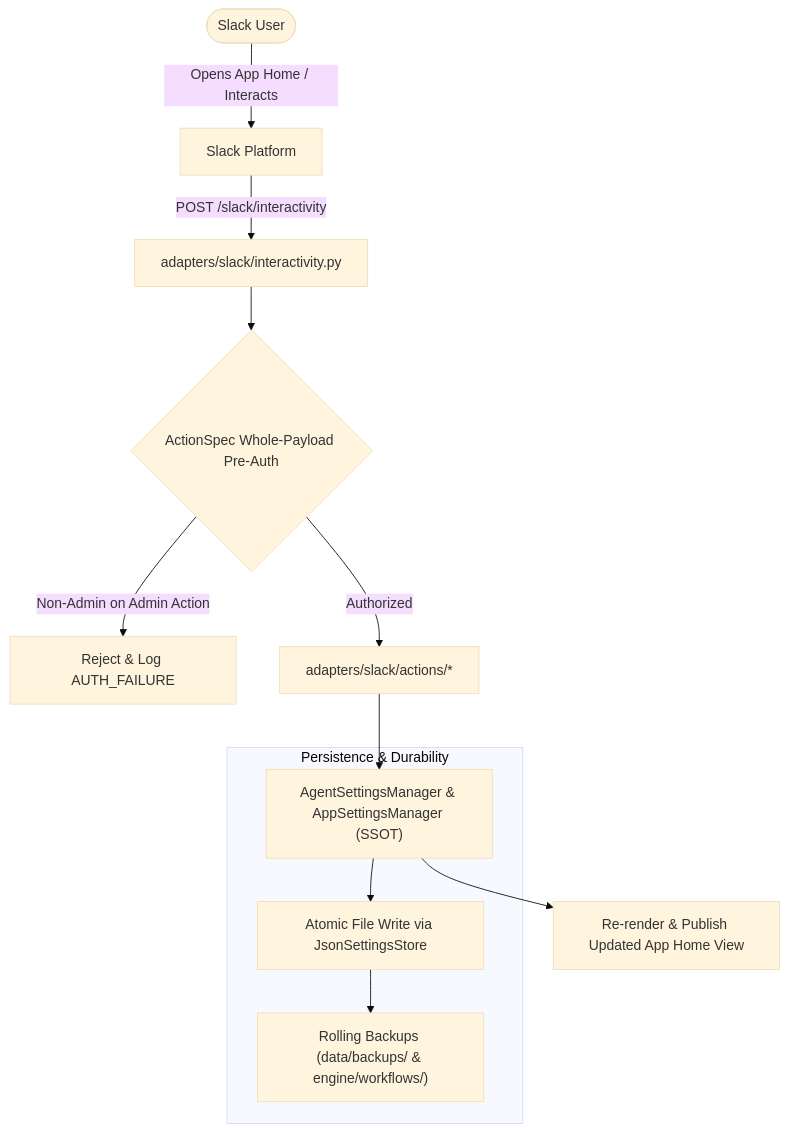
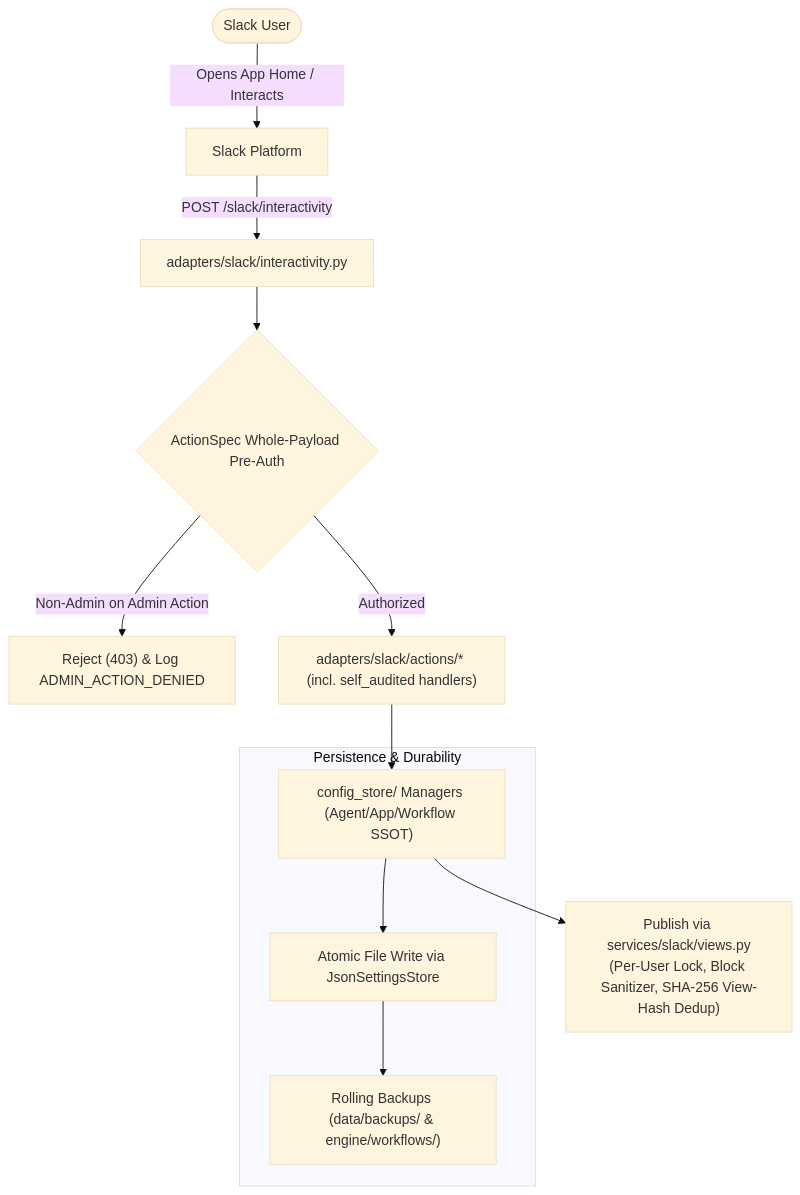
Before and after one commit to BranMik/Izvor: the diagram in docs/administration-and-security/slack-app-home.md, drawn with Mermaid (base theme). The commit also changed other lines of this file and 26 other files, not shown here.

First line of the commit message:
docs(architecture): synchronize docs, diagrams, env template, and hygiene tests with P2 refactor

````diff
--- a/docs/administration-and-security/slack-app-home.md
+++ b/docs/administration-and-security/slack-app-home.md
@@ -31,31 +31,16 @@
 ```mermaid
-
 graph TD
-
-    SlackUser([Slack User]) -->|Opens App Home / Interacts| SlackAPI[Slack Platform]
-
-    SlackAPI -->|POST /slack/interactivity| InteractivityHandler["adapters/slack/interactivity.py"]
-
+    SlackUser(["Slack User"]) -->|"Opens App Home / Interacts"| SlackAPI["Slack Platform"]
+    SlackAPI -->|"POST /slack/interactivity"| InteractivityHandler["adapters/slack/interactivity.py"]
     InteractivityHandler --> ActionSpecGate{"ActionSpec Whole-Payload Pre-Auth"}
-
-    ActionSpecGate -->|Non-Admin on Admin Action| RejectBlock["Reject & Log AUTH_FAILURE"]
-
-    ActionSpecGate -->|Authorized| ActionModules["adapters/slack/actions/*"]
-
-    ActionModules --> SettingsMgr["AgentSettingsManager & AppSettingsManager (SSOT)"]
-
-    
+    ActionSpecGate -->|"Non-Admin on Admin Action"| RejectBlock["Reject (403) & Log ADMIN_ACTION_DENIED"]
+    ActionSpecGate -->|"Authorized"| ActionModules["adapters/slack/actions/* (incl. self_audited handlers)"]
+    ActionModules --> SettingsMgr["config_store/ Managers (Agent/App/Workflow SSOT)"]
 
     subgraph Persistence & Durability
-
         SettingsMgr --> AtomicWrite["Atomic File Write via JsonSettingsStore"]
-
         AtomicWrite --> EmergencyBackup["Rolling Backups (data/backups/ & engine/workflows/)"]
-
     end
 
-    
-
-    SettingsMgr --> RePublish["Re-render & Publish Updated App Home View"]
-
+    SettingsMgr --> RePublish["Publish via services/slack/views.py\n(Per-User Lock, Block Sanitizer, SHA-256 View-Hash Dedup)"]
 ```
````
